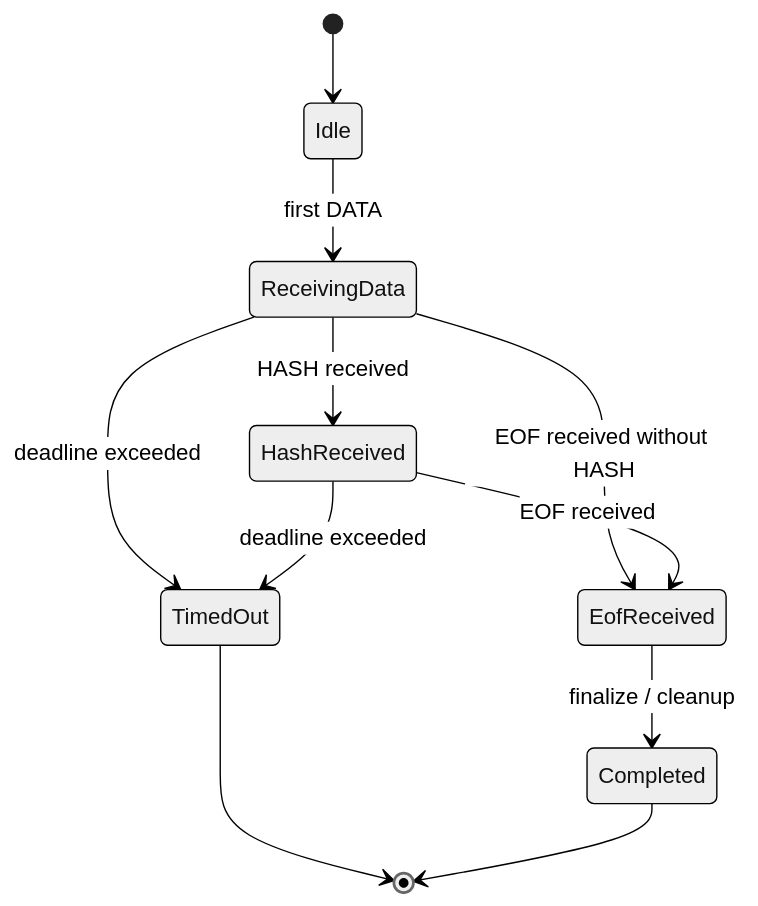
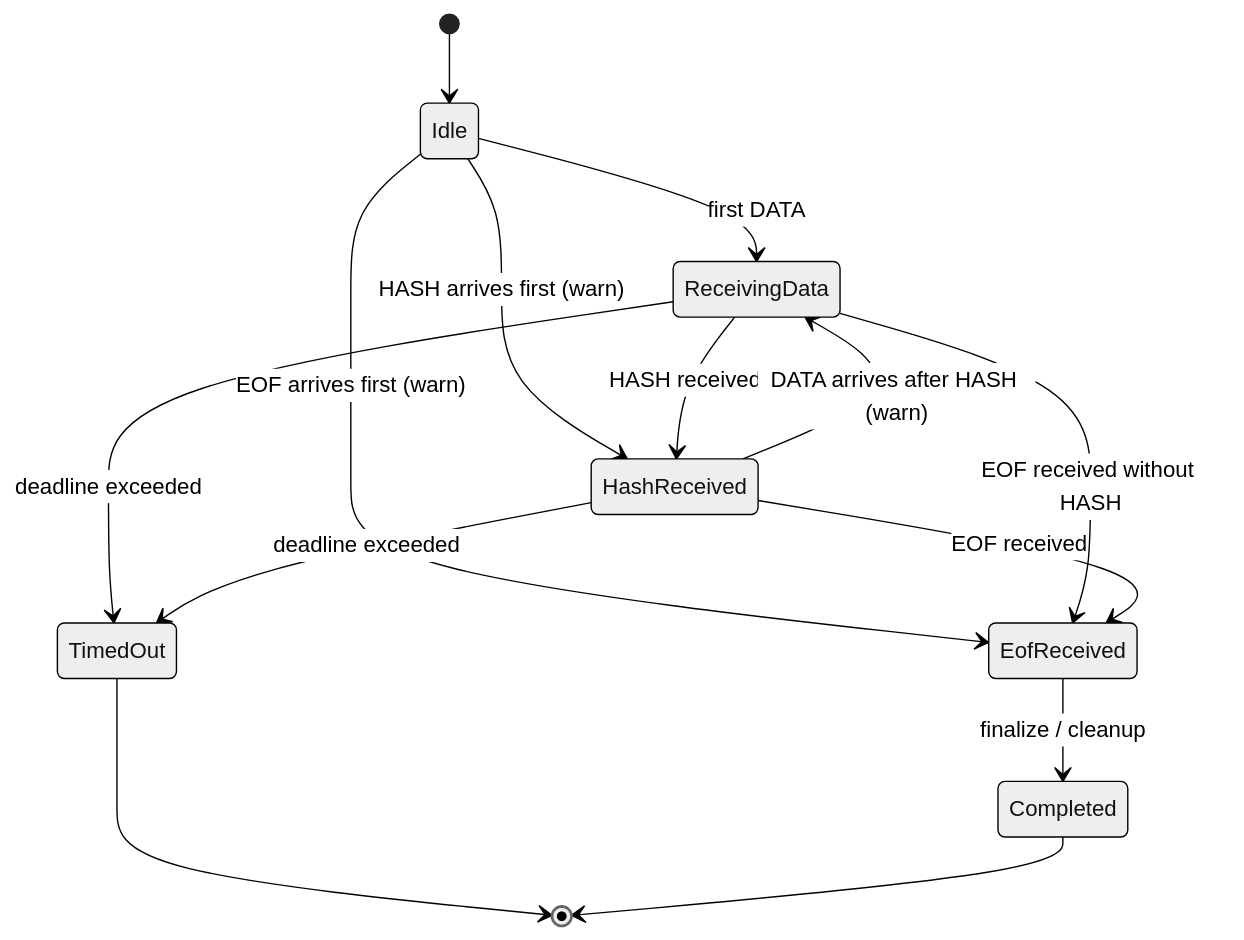
Before and after one commit to junkei-okinawa/FarmVerse: the first of 3 diagrams in docs/1_CultivationDiary/detail_design/02_hash_reliability_and_ack_design.md, drawn with Mermaid (neutral theme). The commit also changed other lines of this file, not shown here.

Commit message:
docs: define out-of-order HASH and EOF handling

````diff
--- a/docs/1_CultivationDiary/detail_design/02_hash_reliability_and_ack_design.md
+++ b/docs/1_CultivationDiary/detail_design/02_hash_reliability_and_ack_design.md
@@ -185,13 +185,16 @@
 ```mermaid
 stateDiagram-v2
     [*] --> Idle
     Idle --> ReceivingData: first DATA
+    Idle --> HashReceived: HASH arrives first (warn)
+    Idle --> EofReceived: EOF arrives first (warn)
     ReceivingData --> HashReceived: HASH received
     ReceivingData --> EofReceived: EOF received without HASH
     HashReceived --> EofReceived: EOF received
+    HashReceived --> ReceivingData: DATA arrives after HASH (warn)
     ReceivingData --> TimedOut: deadline exceeded
     HashReceived --> TimedOut: deadline exceeded
     EofReceived --> Completed: finalize / cleanup
     TimedOut --> [*]
     Completed --> [*]
 ```
````
